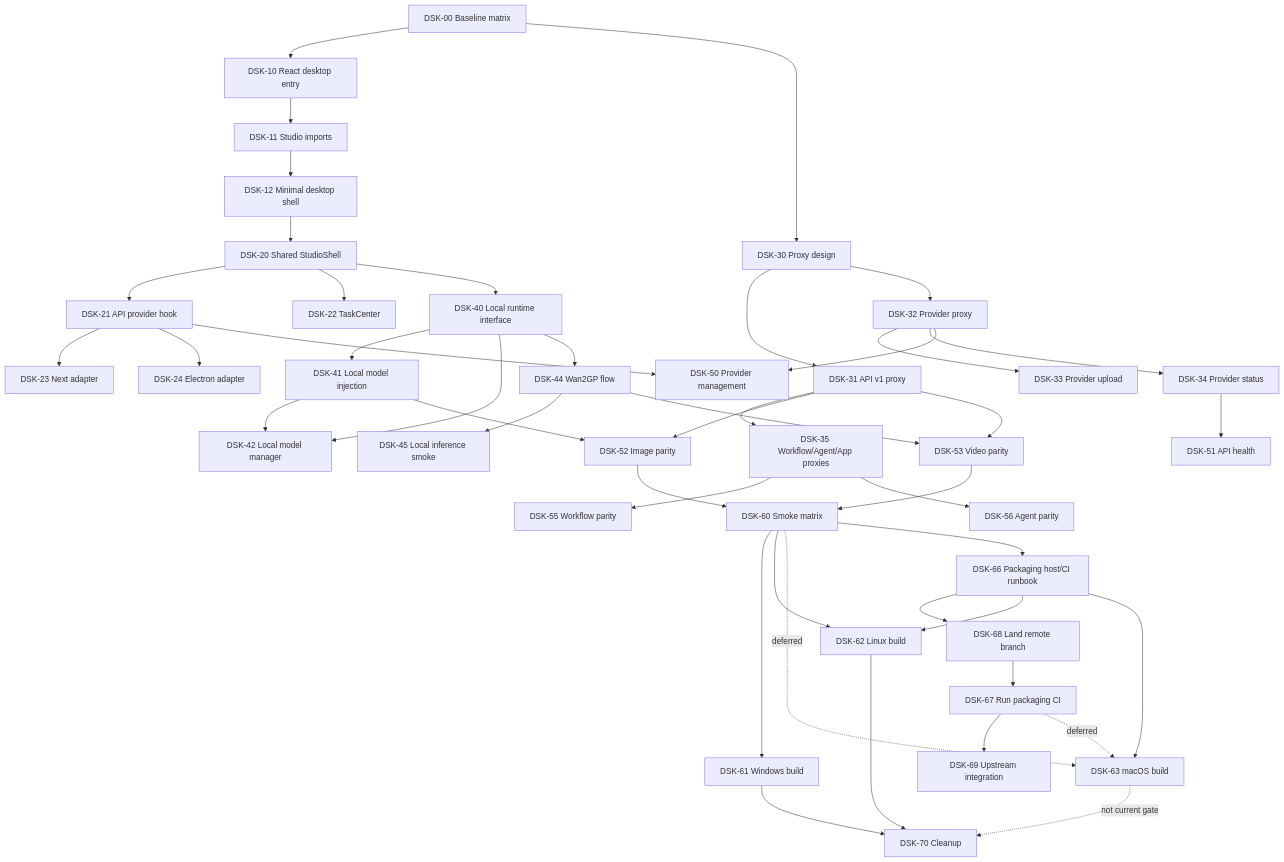
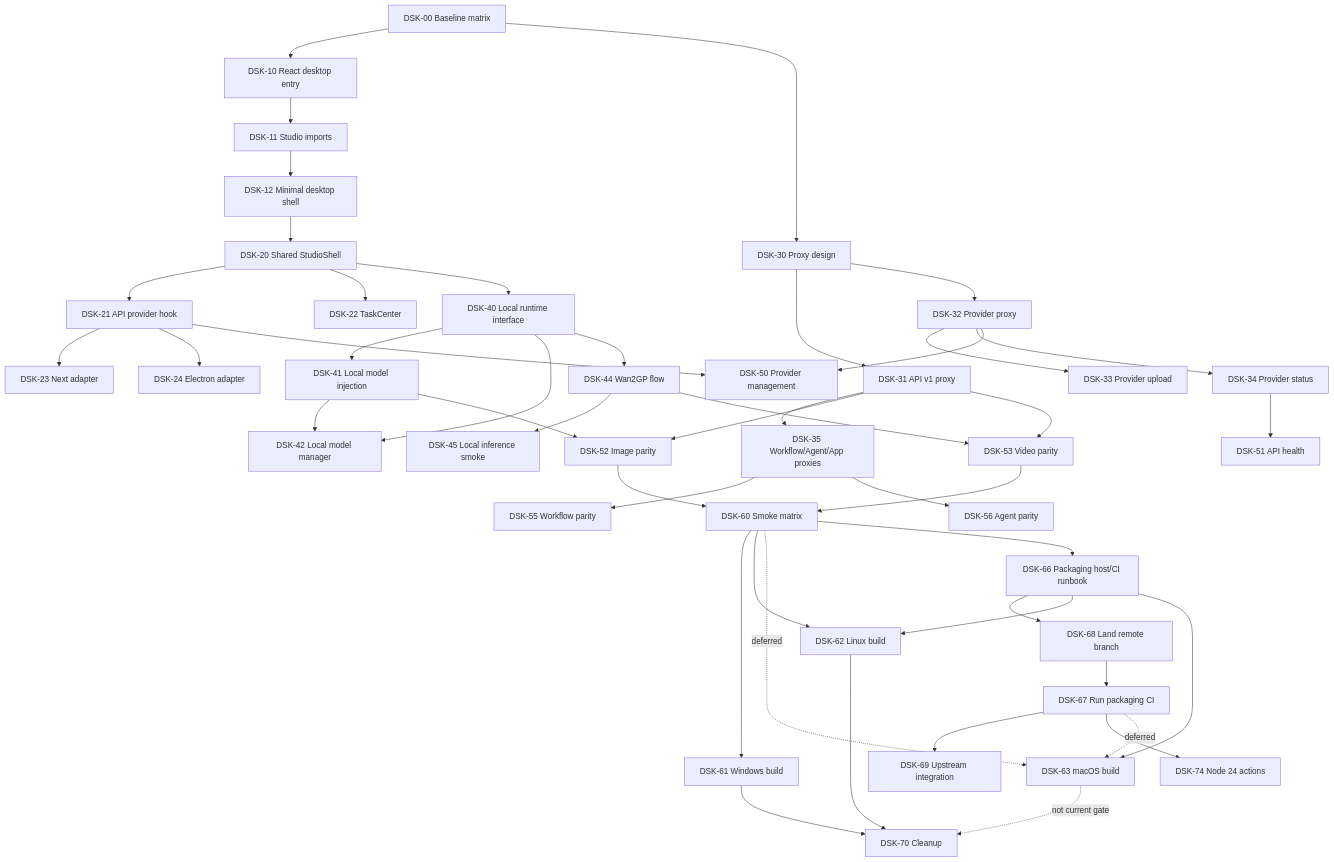
Before and after one commit to Anil-matcha/Open-Generative-AI: the diagram in docs/product/2026-05-26-desktop-web-sync-master-plan.md, drawn with Mermaid. The commit also changed other lines of this file and 2 other files, not shown here.

````diff
--- a/docs/product/2026-05-26-desktop-web-sync-master-plan.md
+++ b/docs/product/2026-05-26-desktop-web-sync-master-plan.md
@@ -291,47 +292,48 @@
 ```mermaid
 flowchart TD
   DSK00["DSK-00 Baseline matrix"] --> DSK10["DSK-10 React desktop entry"]
   DSK00 --> DSK30["DSK-30 Proxy design"]
   DSK10 --> DSK11["DSK-11 Studio imports"]
   DSK11 --> DSK12["DSK-12 Minimal desktop shell"]
   DSK12 --> DSK20["DSK-20 Shared StudioShell"]
   DSK20 --> DSK21["DSK-21 API provider hook"]
   DSK20 --> DSK22["DSK-22 TaskCenter"]
   DSK21 --> DSK23["DSK-23 Next adapter"]
   DSK21 --> DSK24["DSK-24 Electron adapter"]
   DSK30 --> DSK31["DSK-31 API v1 proxy"]
   DSK30 --> DSK32["DSK-32 Provider proxy"]
   DSK32 --> DSK33["DSK-33 Provider upload"]
   DSK32 --> DSK34["DSK-34 Provider status"]
   DSK31 --> DSK35["DSK-35 Workflow/Agent/App proxies"]
   DSK20 --> DSK40["DSK-40 Local runtime interface"]
   DSK40 --> DSK41["DSK-41 Local model injection"]
   DSK40 --> DSK42["DSK-42 Local model manager"]
   DSK40 --> DSK44["DSK-44 Wan2GP flow"]
   DSK41 --> DSK42
   DSK44 --> DSK45["DSK-45 Local inference smoke"]
   DSK21 --> DSK50["DSK-50 Provider management"]
   DSK32 --> DSK50
   DSK34 --> DSK51["DSK-51 API health"]
   DSK31 --> DSK52["DSK-52 Image parity"]
   DSK31 --> DSK53["DSK-53 Video parity"]
   DSK41 --> DSK52
   DSK44 --> DSK53
   DSK35 --> DSK55["DSK-55 Workflow parity"]
   DSK35 --> DSK56["DSK-56 Agent parity"]
   DSK52 --> DSK60["DSK-60 Smoke matrix"]
   DSK53 --> DSK60
   DSK60 --> DSK61["DSK-61 Windows build"]
   DSK60 --> DSK62["DSK-62 Linux build"]
   DSK60 -. deferred .-> DSK63["DSK-63 macOS build"]
   DSK60 --> DSK66["DSK-66 Packaging host/CI runbook"]
   DSK66 --> DSK68["DSK-68 Land remote branch"]
   DSK68 --> DSK67["DSK-67 Run packaging CI"]
   DSK67 --> DSK69["DSK-69 Upstream integration"]
+  DSK67 --> DSK74["DSK-74 Node 24 actions"]
   DSK66 --> DSK62
   DSK66 --> DSK63
   DSK67 -. deferred .-> DSK63
   DSK61 --> DSK70["DSK-70 Cleanup"]
   DSK62 --> DSK70
   DSK63 -. not current gate .-> DSK70
 ```
````
